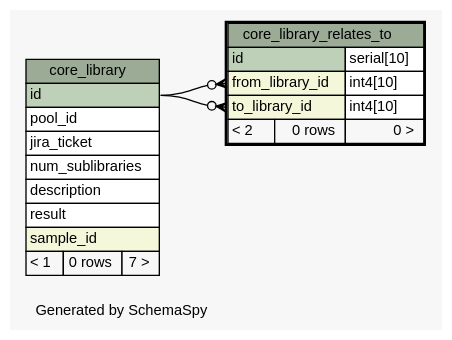
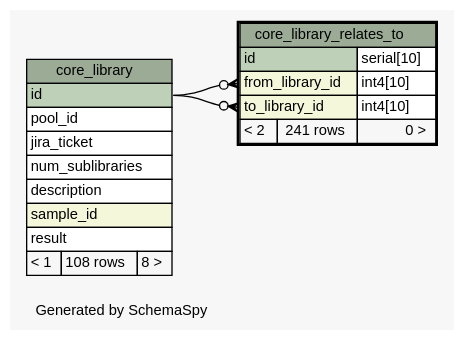
The diagram in db-schema/diagrams/core_library_relates_to.1degree.dot (molonc/colossus), drawn with Graphviz before and after one commit. The commit also changed 159 other files, not shown here.

Commit message:
KRONOS-258 database schema update

```diff
--- a/db-schema/diagrams/core_library_relates_to.1degree.dot
+++ b/db-schema/diagrams/core_library_relates_to.1degree.dot
@@ -1,52 +1,52 @@
 // dot 2.36.0 on Mac OS X 10.9.5
 // SchemaSpy rev 590
 digraph "oneDegreeRelationshipsDiagram" {
   graph [
     rankdir="RL"
     bgcolor="#f7f7f7"
     label="\nGenerated by SchemaSpy"
     labeljust="l"
     nodesep="0.18"
     ranksep="0.46"
     fontname="Helvetica"
     fontsize="11"
   ];
   node [
     fontname="Helvetica"
     fontsize="11"
     shape="plaintext"
   ];
   edge [
     arrowsize="0.8"
   ];
   "core_library_relates_to":"from_library_id":w -> "core_library":"id":e [arrowhead=none dir=back arrowtail=crowodot];
   "core_library_relates_to":"to_library_id":w -> "core_library":"id":e [arrowhead=none dir=back arrowtail=crowodot];
   "core_library" [
     label=<
     <TABLE BORDER="0" CELLBORDER="1" CELLSPACING="0" BGCOLOR="#ffffff">
       <TR><TD COLSPAN="3" BGCOLOR="#9bab96" ALIGN="CENTER">core_library</TD></TR>
       <TR><TD PORT="id" COLSPAN="3" BGCOLOR="#bed1b8" ALIGN="LEFT">id</TD></TR>
       <TR><TD PORT="pool_id" COLSPAN="3" ALIGN="LEFT">pool_id</TD></TR>
       <TR><TD PORT="jira_ticket" COLSPAN="3" ALIGN="LEFT">jira_ticket</TD></TR>
       <TR><TD PORT="num_sublibraries" COLSPAN="3" ALIGN="LEFT">num_sublibraries</TD></TR>
       <TR><TD PORT="description" COLSPAN="3" ALIGN="LEFT">description</TD></TR>
+      <TR><TD PORT="sample_id" COLSPAN="3" BGCOLOR="#f4f7da" ALIGN="LEFT">sample_id</TD></TR>
       <TR><TD PORT="result" COLSPAN="3" ALIGN="LEFT">result</TD></TR>
-      <TR><TD PORT="sample_id" COLSPAN="3" BGCOLOR="#f4f7da" ALIGN="LEFT">sample_id</TD></TR>
-      <TR><TD ALIGN="LEFT" BGCOLOR="#f7f7f7">&lt; 1</TD><TD ALIGN="RIGHT" BGCOLOR="#f7f7f7">0 rows</TD><TD ALIGN="RIGHT" BGCOLOR="#f7f7f7">7 &gt;</TD></TR>
+      <TR><TD ALIGN="LEFT" BGCOLOR="#f7f7f7">&lt; 1</TD><TD ALIGN="RIGHT" BGCOLOR="#f7f7f7">108 rows</TD><TD ALIGN="RIGHT" BGCOLOR="#f7f7f7">8 &gt;</TD></TR>
     </TABLE>>
     URL="core_library.html"
     tooltip="core_library"
   ];
   "core_library_relates_to" [
     label=<
     <TABLE BORDER="2" CELLBORDER="1" CELLSPACING="0" BGCOLOR="#ffffff">
       <TR><TD COLSPAN="3" BGCOLOR="#9bab96" ALIGN="CENTER">core_library_relates_to</TD></TR>
       <TR><TD PORT="id" COLSPAN="2" BGCOLOR="#bed1b8" ALIGN="LEFT">id</TD><TD PORT="id.type" ALIGN="LEFT">serial[10]</TD></TR>
       <TR><TD PORT="from_library_id" COLSPAN="2" BGCOLOR="#f4f7da" ALIGN="LEFT">from_library_id</TD><TD PORT="from_library_id.type" ALIGN="LEFT">int4[10]</TD></TR>
       <TR><TD PORT="to_library_id" COLSPAN="2" BGCOLOR="#f4f7da" ALIGN="LEFT">to_library_id</TD><TD PORT="to_library_id.type" ALIGN="LEFT">int4[10]</TD></TR>
-      <TR><TD ALIGN="LEFT" BGCOLOR="#f7f7f7">&lt; 2</TD><TD ALIGN="RIGHT" BGCOLOR="#f7f7f7">0 rows</TD><TD ALIGN="RIGHT" BGCOLOR="#f7f7f7">0 &gt;</TD></TR>
+      <TR><TD ALIGN="LEFT" BGCOLOR="#f7f7f7">&lt; 2</TD><TD ALIGN="RIGHT" BGCOLOR="#f7f7f7">241 rows</TD><TD ALIGN="RIGHT" BGCOLOR="#f7f7f7">0 &gt;</TD></TR>
     </TABLE>>
     URL="core_library_relates_to.html"
     tooltip="core_library_relates_to"
   ];
 }
```
